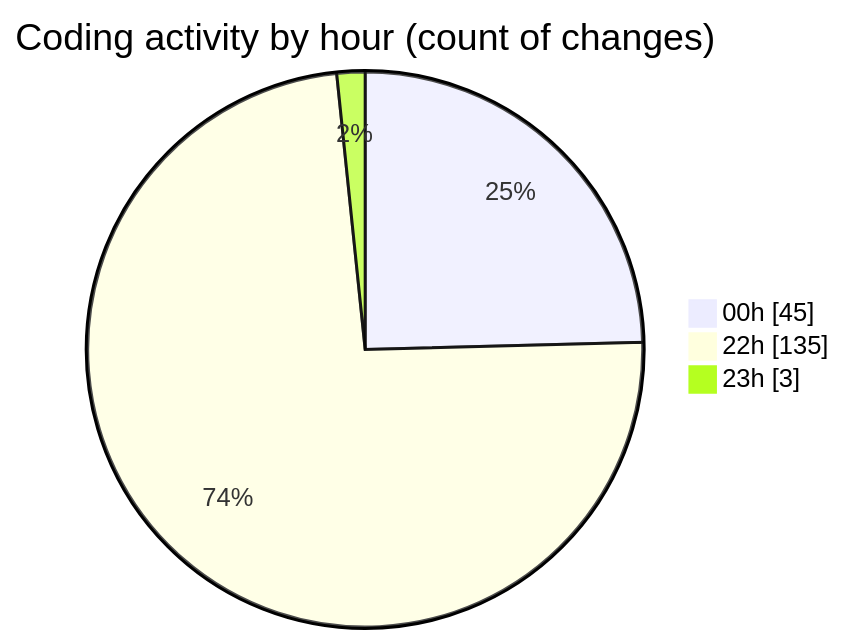
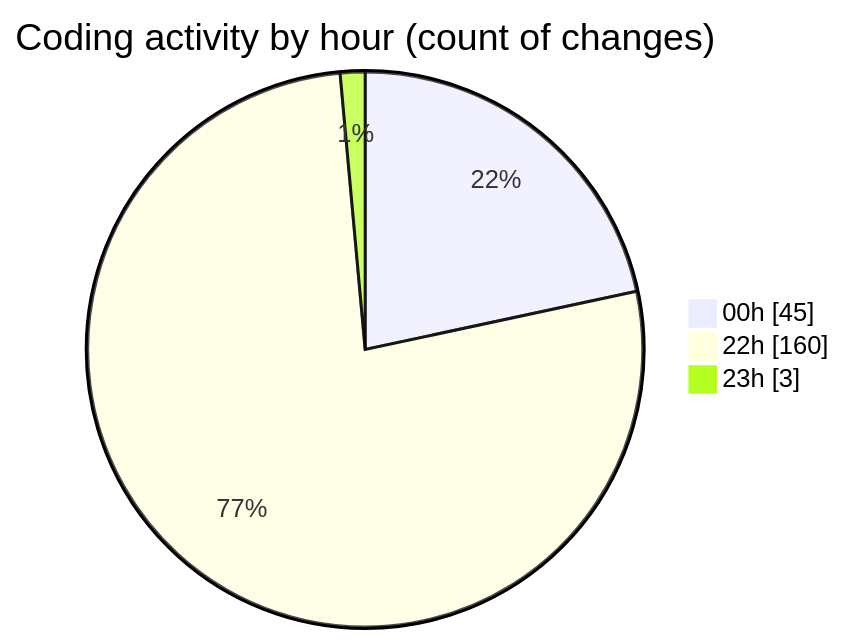
The second of 2 diagrams in 2025-07-29/javascript/README.md (Ritupan-Deka/code-tracking), drawn with Mermaid before and after one commit. The commit also changed other lines of this file and 1 other file, not shown here.

````diff
--- a/2025-07-29/javascript/README.md
+++ b/2025-07-29/javascript/README.md
@@ -29,7 +29,7 @@
 ```mermaid
 pie showData
 title Coding activity by hour (count of changes)
 "00h" : 45
-"22h" : 135
+"22h" : 160
 "23h" : 3
 ```
````
